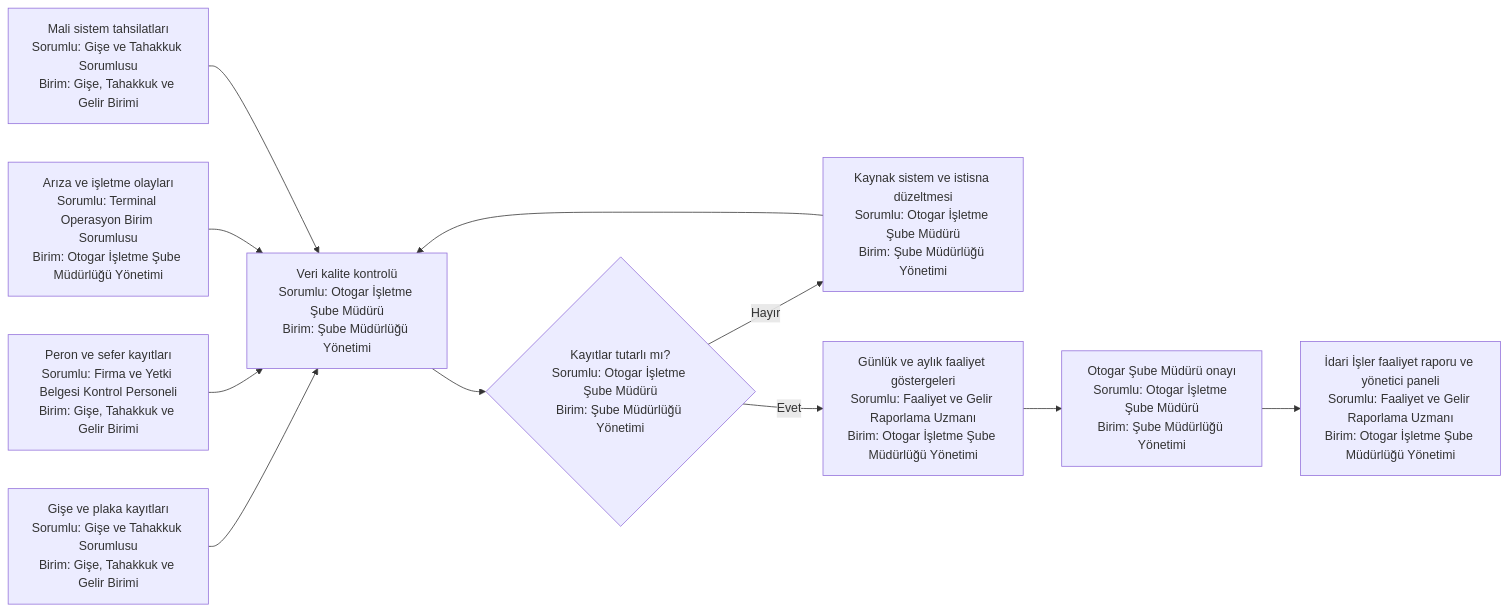
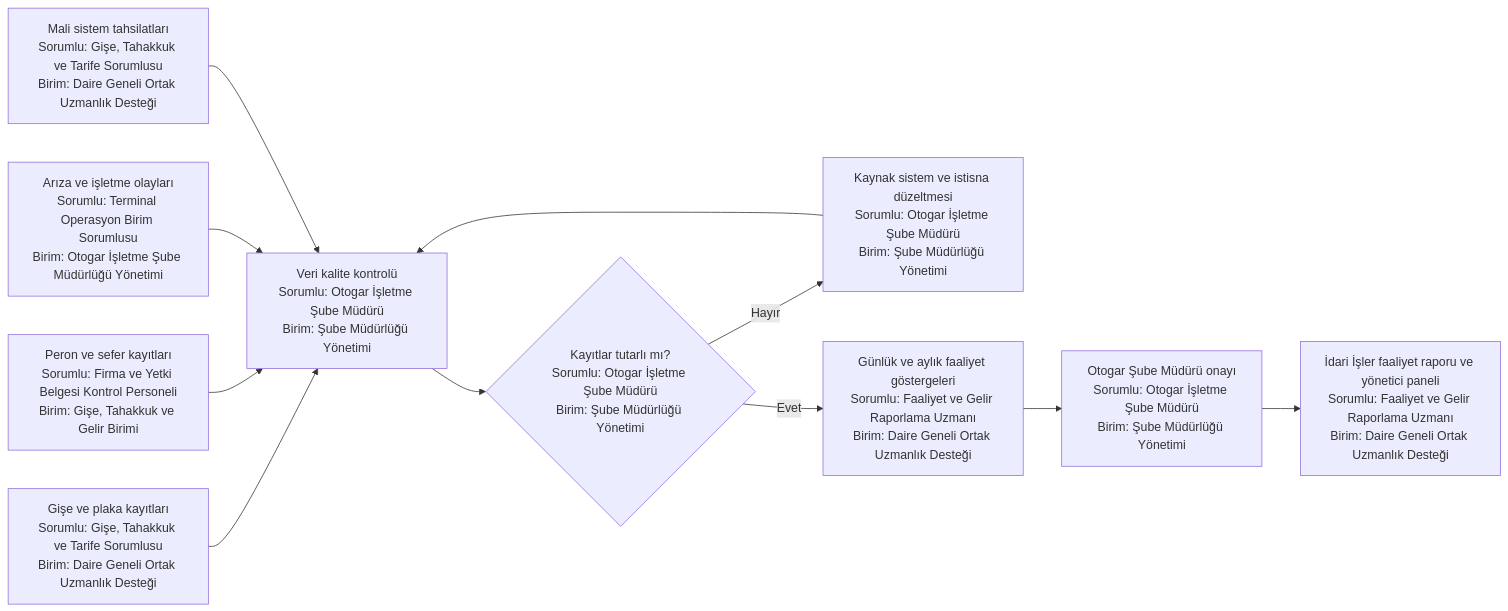
Before and after one commit to merdaergen-create/Ulasim_Dairesi_Is_Analizi: the fourth of 4 diagrams in 15_yalin_surec_haritalari/otogar/README.md, drawn with Mermaid. The commit also changed other lines of this file and 7 other files, not shown here.

````diff
--- a/15_yalin_surec_haritalari/otogar/README.md
+++ b/15_yalin_surec_haritalari/otogar/README.md
@@ -115,13 +115,13 @@
 ```mermaid
 flowchart LR
-    A[Gişe ve plaka kayıtları<br/>Sorumlu: Gişe ve Tahakkuk Sorumlusu<br/>Birim: Gişe, Tahakkuk ve Gelir Birimi] --> E[Veri kalite kontrolü<br/>Sorumlu: Otogar İşletme Şube Müdürü<br/>Birim: Şube Müdürlüğü Yönetimi]
+    A[Gişe ve plaka kayıtları<br/>Sorumlu: Gişe, Tahakkuk ve Tarife Sorumlusu<br/>Birim: Daire Geneli Ortak Uzmanlık Desteği] --> E[Veri kalite kontrolü<br/>Sorumlu: Otogar İşletme Şube Müdürü<br/>Birim: Şube Müdürlüğü Yönetimi]
     B[Peron ve sefer kayıtları<br/>Sorumlu: Firma ve Yetki Belgesi Kontrol Personeli<br/>Birim: Gişe, Tahakkuk ve Gelir Birimi] --> E
     C[Arıza ve işletme olayları<br/>Sorumlu: Terminal Operasyon Birim Sorumlusu<br/>Birim: Otogar İşletme Şube Müdürlüğü Yönetimi] --> E
-    D[Mali sistem tahsilatları<br/>Sorumlu: Gişe ve Tahakkuk Sorumlusu<br/>Birim: Gişe, Tahakkuk ve Gelir Birimi] --> E
+    D[Mali sistem tahsilatları<br/>Sorumlu: Gişe, Tahakkuk ve Tarife Sorumlusu<br/>Birim: Daire Geneli Ortak Uzmanlık Desteği] --> E
     E --> F{Kayıtlar tutarlı mı?<br/>Sorumlu: Otogar İşletme Şube Müdürü<br/>Birim: Şube Müdürlüğü Yönetimi}
     F -- Hayır --> G[Kaynak sistem ve istisna düzeltmesi<br/>Sorumlu: Otogar İşletme Şube Müdürü<br/>Birim: Şube Müdürlüğü Yönetimi]
     G --> E
-    F -- Evet --> H[Günlük ve aylık faaliyet göstergeleri<br/>Sorumlu: Faaliyet ve Gelir Raporlama Uzmanı<br/>Birim: Otogar İşletme Şube Müdürlüğü Yönetimi]
+    F -- Evet --> H[Günlük ve aylık faaliyet göstergeleri<br/>Sorumlu: Faaliyet ve Gelir Raporlama Uzmanı<br/>Birim: Daire Geneli Ortak Uzmanlık Desteği]
     H --> I[Otogar Şube Müdürü onayı<br/>Sorumlu: Otogar İşletme Şube Müdürü<br/>Birim: Şube Müdürlüğü Yönetimi]
-    I --> J[İdari İşler faaliyet raporu ve yönetici paneli<br/>Sorumlu: Faaliyet ve Gelir Raporlama Uzmanı<br/>Birim: Otogar İşletme Şube Müdürlüğü Yönetimi]
+    I --> J[İdari İşler faaliyet raporu ve yönetici paneli<br/>Sorumlu: Faaliyet ve Gelir Raporlama Uzmanı<br/>Birim: Daire Geneli Ortak Uzmanlık Desteği]
 ```
````
